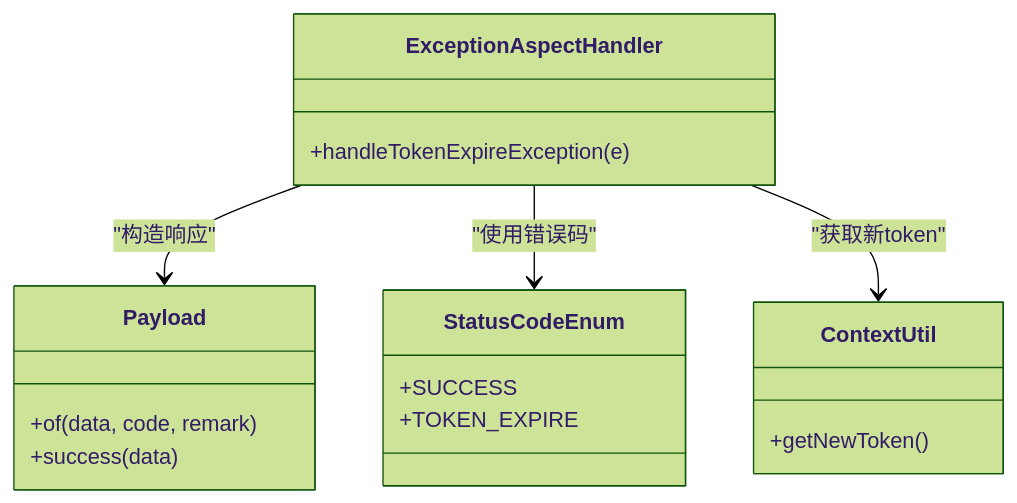
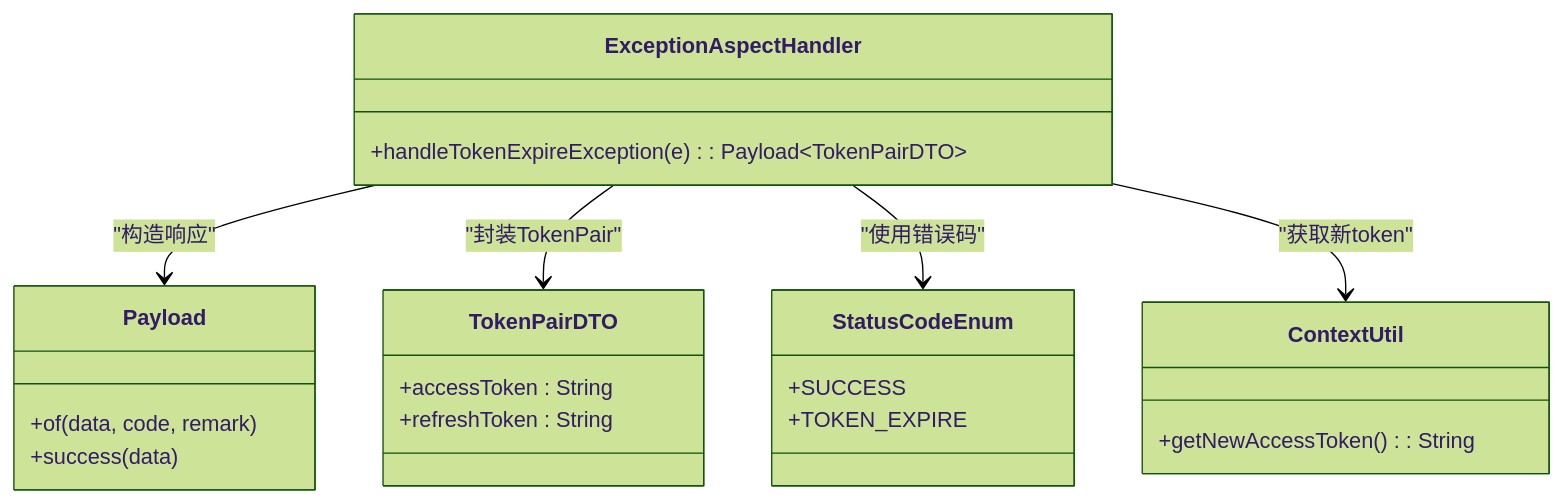
Before and after one commit to liftp/chat_simple: the third of 9 diagrams in .qoder/repowiki/zh/content/配置管理/全局异常处理.md, drawn with Mermaid (forest theme). The commit also changed other lines of this file and 6 other files, not shown here.

````diff
--- a/.qoder/repowiki/zh/content/配置管理/全局异常处理.md
+++ b/.qoder/repowiki/zh/content/配置管理/全局异常处理.md
@@ -125,20 +139,25 @@
 ```mermaid
 classDiagram
 class ExceptionAspectHandler {
-+handleTokenExpireException(e)
++handleTokenExpireException(e) : Payload~TokenPairDTO~
 }
 class Payload {
 +of(data, code, remark)
 +success(data)
+}
+class TokenPairDTO {
++accessToken : String
++refreshToken : String
 }
 class StatusCodeEnum {
 +SUCCESS
 +TOKEN_EXPIRE
 }
 class ContextUtil {
-+getNewToken()
++getNewAccessToken() : String
 }
 ExceptionAspectHandler --> Payload : "构造响应"
+ExceptionAspectHandler --> TokenPairDTO : "封装TokenPair"
 ExceptionAspectHandler --> StatusCodeEnum : "使用错误码"
 ExceptionAspectHandler --> ContextUtil : "获取新token"
 ```
````
